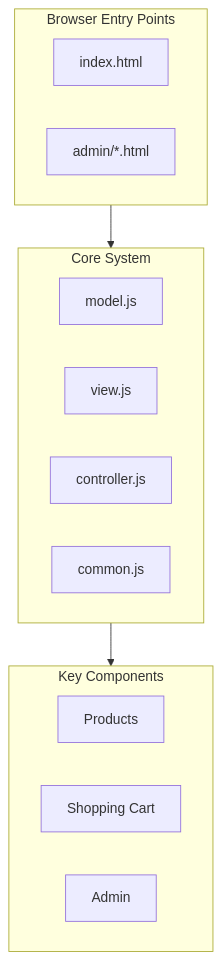
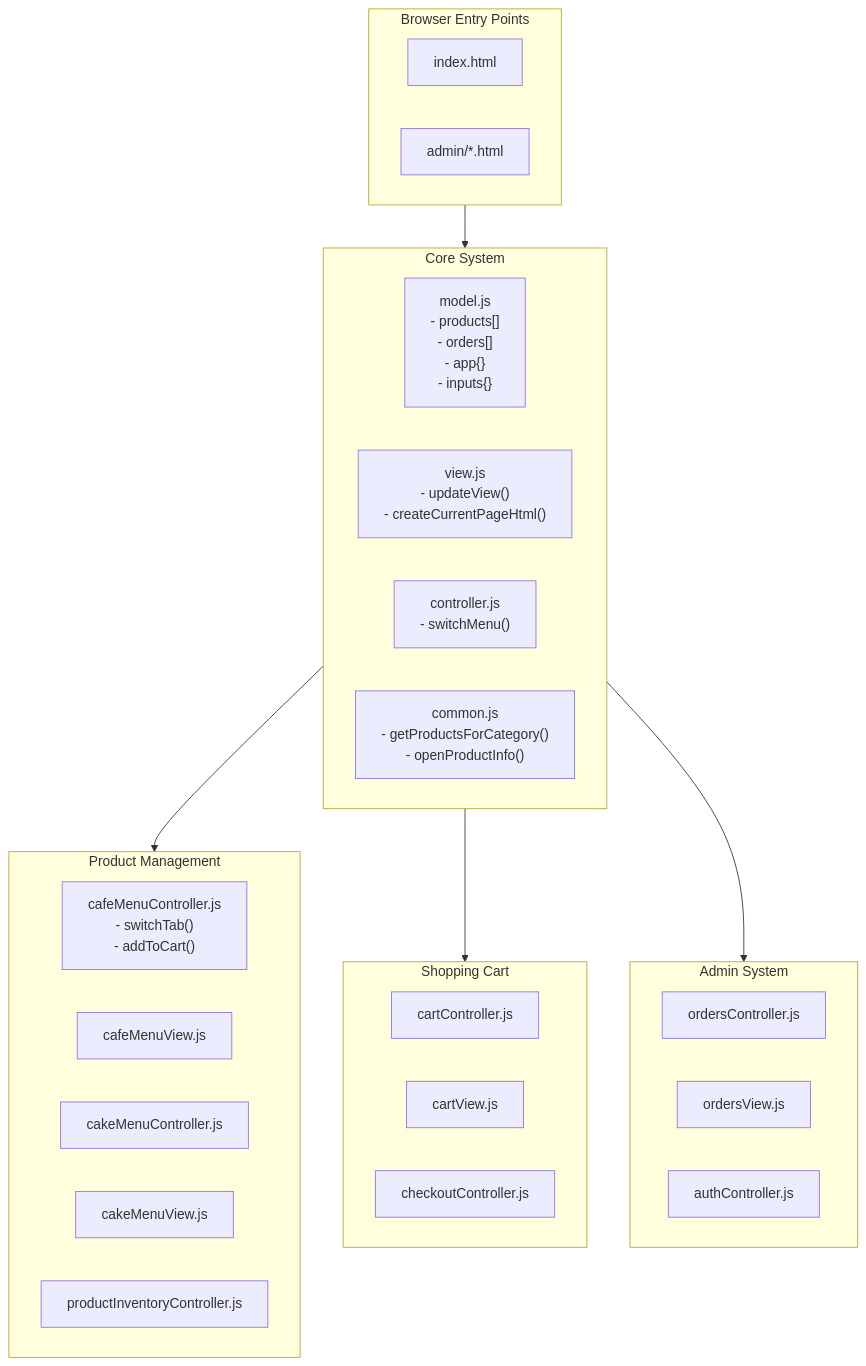
Before and after one commit to vardaasen/Nettside-kafe: the third of 3 diagrams in readme.md, drawn with Mermaid. The commit also changed other lines of this file, not shown here.

````diff
--- a/readme.md
+++ b/readme.md
@@ -814,23 +814,39 @@
 ```mermaid
 flowchart TB
   subgraph Frontend["Browser Entry Points"]
     IndexHTML["index.html"]
     AdminHTML["admin/*.html"]
   end
 
   subgraph Core["Core System"]
-    Model["model.js"]
-    BaseView["view.js"]
-    BaseController["controller.js"]
-    Common["common.js"]
+    Model["model.js<br>- products[]<br>- orders[]<br>- app{}<br>- inputs{}"]
+    BaseView["view.js<br>- updateView()<br>- createCurrentPageHtml()"]
+    BaseController["controller.js<br>- switchMenu()"]
+    Common["common.js<br>- getProductsForCategory()<br>- openProductInfo()"]
   end
 
-  subgraph Components["Key Components"]
-    Products["Products"]
-    Cart["Shopping Cart"]
-    Admin["Admin"]
+  subgraph Products["Product Management"]
+    CafeMenu["cafeMenuController.js<br>- switchTab()<br>- addToCart()"]
+    CafeView["cafeMenuView.js"]
+    CakeMenu["cakeMenuController.js"]
+    CakeView["cakeMenuView.js"]
+    ProductInv["productInventoryController.js"]
   end
 
-  Core --> Components
+  subgraph Cart["Shopping Cart"]
+    CartCtrl["cartController.js"]
+    CartView["cartView.js"]
+    CheckoutCtrl["checkoutController.js"]
+  end
+
+  subgraph Admin["Admin System"]
+    OrdersCtrl["ordersController.js"]
+    OrdersView["ordersView.js"]
+    Auth["authController.js"]
+  end
+
+  Core --> Products
+  Core --> Cart
+  Core --> Admin
   Frontend --> Core
 ```
````
